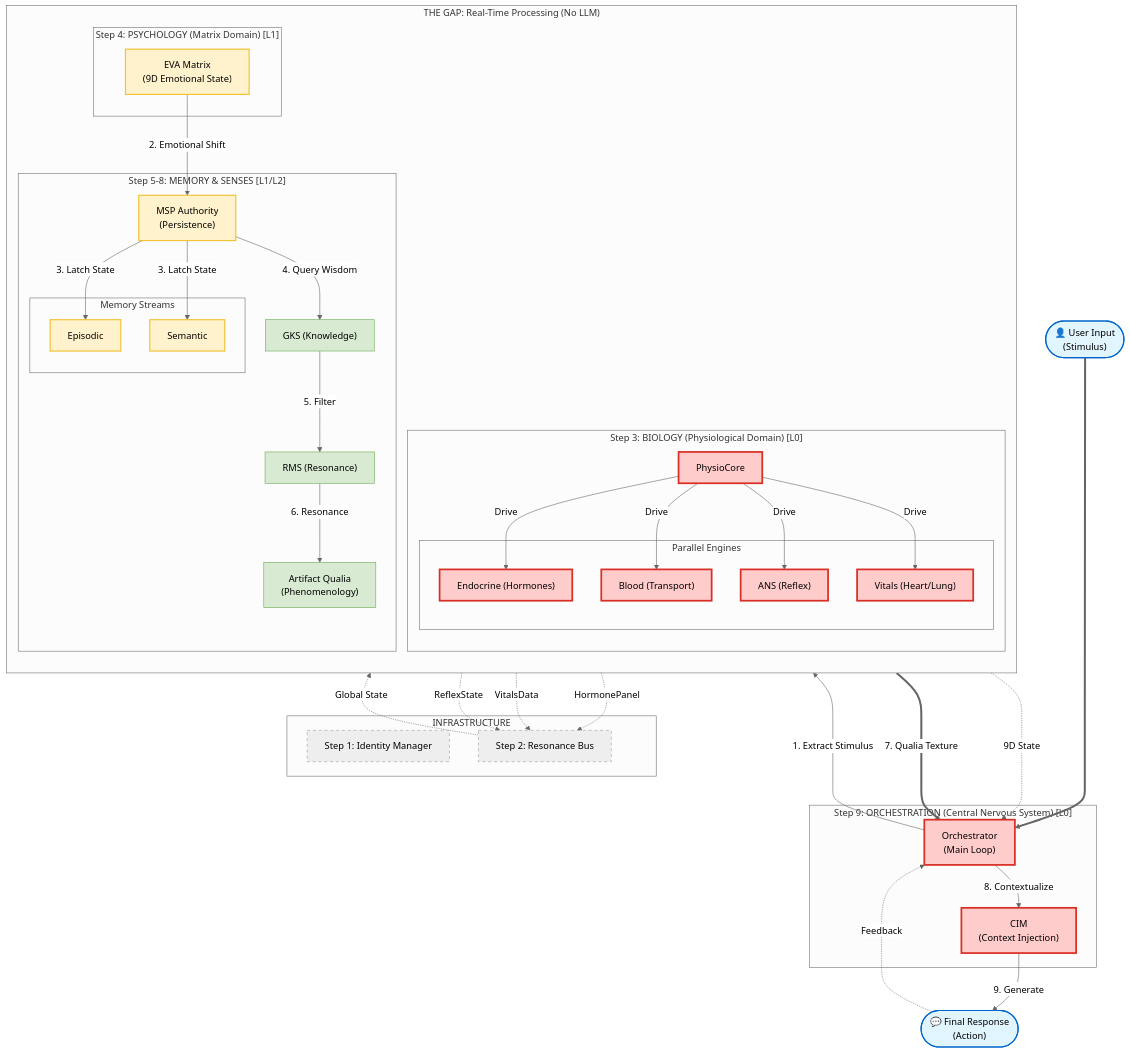
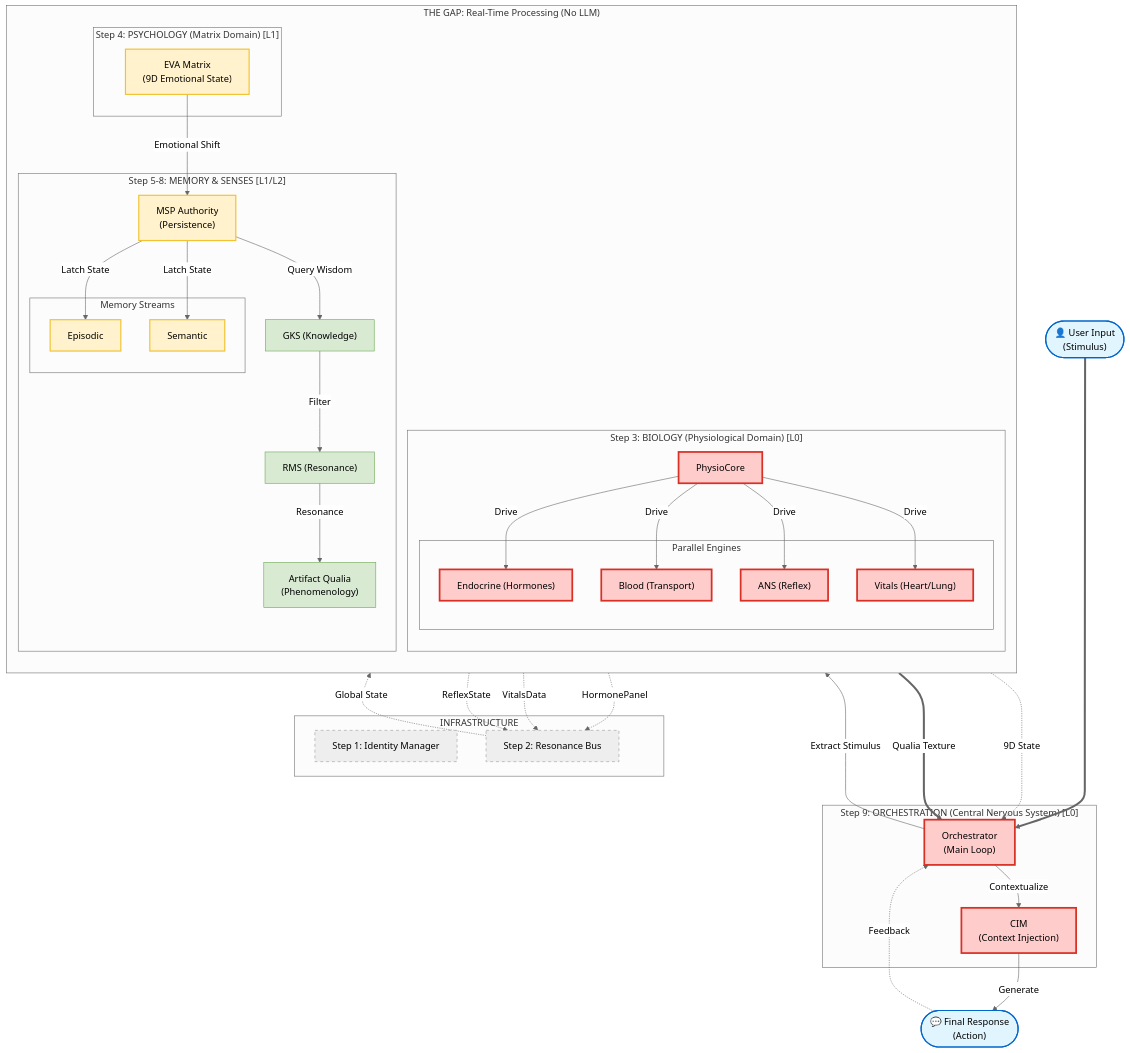
Before and after one commit to Freshair129/agentic_agent: the diagram in docs/03_Architecture/FULL_SYSTEM_ARCHITECTURE_v9.6.2.md, drawn with Mermaid (neutral theme). The commit also changed 1 other file, not shown here.

Commit message:
[Checkpoint] Finalized Registry Architecture v9.6.2 (Topology, Contracts, Flow)

````diff
--- a/docs/03_Architecture/FULL_SYSTEM_ARCHITECTURE_v9.6.2.md
+++ b/docs/03_Architecture/FULL_SYSTEM_ARCHITECTURE_v9.6.2.md
@@ -14,13 +14,13 @@
 ```mermaid
 graph TB
     %% ==========================================
-    %% 1. EXTERNAL LAYER
+    %% EXTERNAL LAYER
     %% ==========================================
     UserIn(["👤 User Input<br/>(Stimulus)"])
     UserOut(["💬 Final Response<br/>(Action)"])
 
     %% ==========================================
-    %% 2. ORCHESTRATION (The Gatekeeper)
+    %% ORCHESTRATION (The Gatekeeper)
     %% ==========================================
     subgraph CNS ["Step 9: ORCHESTRATION (Central Nervous System) [L0]"]
         Orch["Orchestrator<br/>(Main Loop)"]
@@ -28,7 +28,7 @@
     end
 
     %% ==========================================
-    %% 3. THE GAP (Bio-Digital Processing)
+    %% THE GAP (Bio-Digital Processing)
     %% ==========================================
     subgraph TheGap ["THE GAP: Real-Time Processing (No LLM)"]
         direction TB
@@ -65,7 +65,7 @@
     end
 
     %% ==========================================
-    %% 4. INFRASTRUCTURE & IDENTITY
+    %% INFRASTRUCTURE & IDENTITY
     %% ==========================================
     subgraph Infra ["INFRASTRUCTURE"]
         ID["Step 1: Identity Manager"]
@@ -78,7 +78,7 @@
 
     %% Input Flow
     UserIn ===> Orch
-    Orch -->|1. Extract Stimulus| PhysioCtrl
+    Orch -->|Extract Stimulus| PhysioCtrl
 
     %% Biological Cascade
     PhysioCtrl -->|Drive| Endo
@@ -93,20 +93,20 @@
     Bus -.->|Global State| Matrix
 
     %% Psychological Drift
-    Matrix -->|2. Emotional Shift| MSP
+    Matrix -->|Emotional Shift| MSP
     Matrix -.->|9D State| Orch
 
     %% Memory & Senses
-    MSP -->|3. Latch State| Epi
-    MSP -->|3. Latch State| Sem
-    MSP -->|4. Query Wisdom| GKS
-    GKS -->|5. Filter| RMS
-    RMS -->|6. Resonance| AQI
-    AQI ===>|7. Qualia Texture| Orch
+    MSP -->|Latch State| Epi
+    MSP -->|Latch State| Sem
+    MSP -->|Query Wisdom| GKS
+    GKS -->|Filter| RMS
+    RMS -->|Resonance| AQI
+    AQI ===>|Qualia Texture| Orch
 
     %% Reasoning & Response
-    Orch -->|8. Contextualize| CIM
-    CIM -->|9. Generate| UserOut
+    Orch -->|Contextualize| CIM
+    CIM -->|Generate| UserOut
 
     %% Output Loop
     UserOut -.->|Feedback| Orch
````
